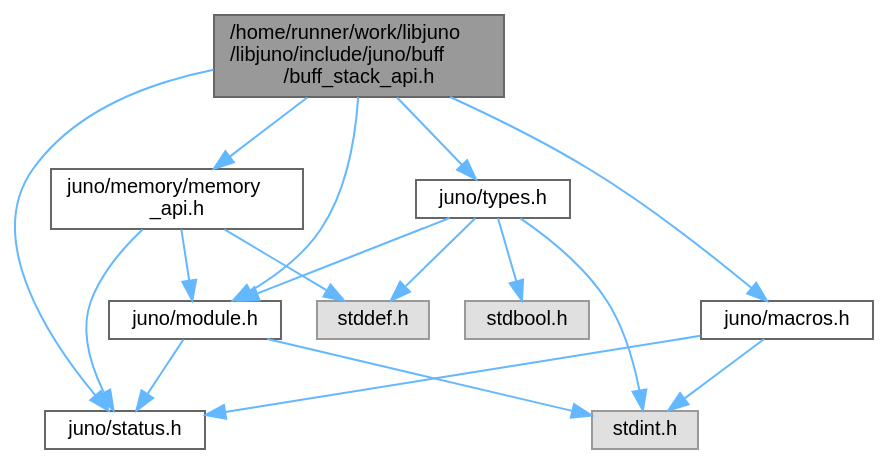
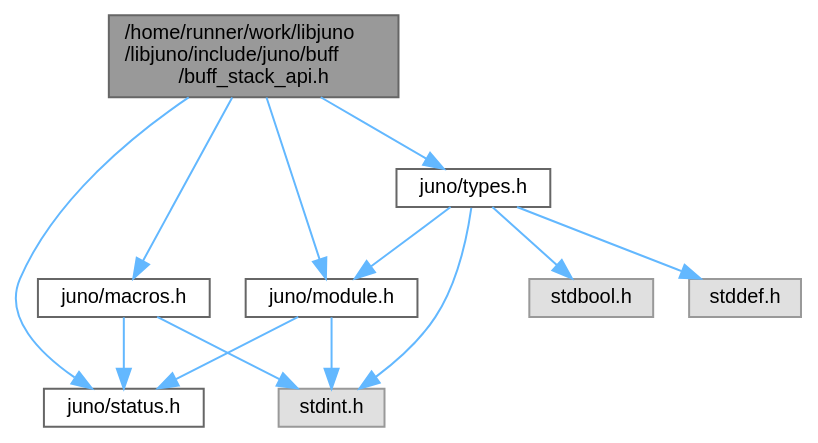
Before and after one commit to robinonsay/libjuno: the diagram in buff__stack__api_8h__incl.dot, drawn with Graphviz. The commit also changed 110 other files, not shown here.

```diff
--- a/buff__stack__api_8h__incl.dot
+++ b/buff__stack__api_8h__incl.dot
@@ -1,32 +1,27 @@
 digraph "/home/runner/work/libjuno/libjuno/include/juno/buff/buff_stack_api.h"
 {
  // LATEX_PDF_SIZE
   bgcolor="transparent";
   edge [fontname=Helvetica,fontsize=10,labelfontname=Helvetica,labelfontsize=10];
   node [fontname=Helvetica,fontsize=10,shape=box,height=0.2,width=0.4];
   Node1 [id="Node000001",label="/home/runner/work/libjuno\l/libjuno/include/juno/buff\l/buff_stack_api.h",height=0.2,width=0.4,color="gray40", fillcolor="grey60", style="filled", fontcolor="black",tooltip=" "];
   Node1 -> Node2 [id="edge1_Node000001_Node000002",color="steelblue1",style="solid",tooltip=" "];
   Node2 [id="Node000002",label="juno/macros.h",height=0.2,width=0.4,color="grey40", fillcolor="white", style="filled",URL="$macros_8h.html",tooltip=" "];
   Node2 -> Node3 [id="edge2_Node000002_Node000003",color="steelblue1",style="solid",tooltip=" "];
   Node3 [id="Node000003",label="juno/status.h",height=0.2,width=0.4,color="grey40", fillcolor="white", style="filled",URL="$status_8h.html",tooltip=" "];
   Node2 -> Node4 [id="edge3_Node000002_Node000004",color="steelblue1",style="solid",tooltip=" "];
   Node4 [id="Node000004",label="stdint.h",height=0.2,width=0.4,color="grey60", fillcolor="#E0E0E0", style="filled",tooltip=" "];
-  Node1 -> Node5 [id="edge4_Node000001_Node000005",color="steelblue1",style="solid",tooltip=" "];
-  Node5 [id="Node000005",label="juno/memory/memory\l_api.h",height=0.2,width=0.4,color="grey40", fillcolor="white", style="filled",URL="$memory__api_8h.html",tooltip=" "];
-  Node5 -> Node3 [id="edge5_Node000005_Node000003",color="steelblue1",style="solid",tooltip=" "];
-  Node5 -> Node6 [id="edge6_Node000005_Node000006",color="steelblue1",style="solid",tooltip=" "];
-  Node6 [id="Node000006",label="juno/module.h",height=0.2,width=0.4,color="grey40", fillcolor="white", style="filled",URL="$module_8h.html",tooltip=" "];
-  Node6 -> Node3 [id="edge7_Node000006_Node000003",color="steelblue1",style="solid",tooltip=" "];
-  Node6 -> Node4 [id="edge8_Node000006_Node000004",color="steelblue1",style="solid",tooltip=" "];
-  Node5 -> Node7 [id="edge9_Node000005_Node000007",color="steelblue1",style="solid",tooltip=" "];
-  Node7 [id="Node000007",label="stddef.h",height=0.2,width=0.4,color="grey60", fillcolor="#E0E0E0", style="filled",tooltip=" "];
-  Node1 -> Node3 [id="edge10_Node000001_Node000003",color="steelblue1",style="solid",tooltip=" "];
-  Node1 -> Node6 [id="edge11_Node000001_Node000006",color="steelblue1",style="solid",tooltip=" "];
-  Node1 -> Node8 [id="edge12_Node000001_Node000008",color="steelblue1",style="solid",tooltip=" "];
-  Node8 [id="Node000008",label="juno/types.h",height=0.2,width=0.4,color="grey40", fillcolor="white", style="filled",URL="$types_8h.html",tooltip=" "];
-  Node8 -> Node6 [id="edge13_Node000008_Node000006",color="steelblue1",style="solid",tooltip=" "];
-  Node8 -> Node9 [id="edge14_Node000008_Node000009",color="steelblue1",style="solid",tooltip=" "];
-  Node9 [id="Node000009",label="stdbool.h",height=0.2,width=0.4,color="grey60", fillcolor="#E0E0E0", style="filled",tooltip=" "];
-  Node8 -> Node7 [id="edge15_Node000008_Node000007",color="steelblue1",style="solid",tooltip=" "];
-  Node8 -> Node4 [id="edge16_Node000008_Node000004",color="steelblue1",style="solid",tooltip=" "];
+  Node1 -> Node3 [id="edge4_Node000001_Node000003",color="steelblue1",style="solid",tooltip=" "];
+  Node1 -> Node5 [id="edge5_Node000001_Node000005",color="steelblue1",style="solid",tooltip=" "];
+  Node5 [id="Node000005",label="juno/module.h",height=0.2,width=0.4,color="grey40", fillcolor="white", style="filled",URL="$module_8h.html",tooltip=" "];
+  Node5 -> Node3 [id="edge6_Node000005_Node000003",color="steelblue1",style="solid",tooltip=" "];
+  Node5 -> Node4 [id="edge7_Node000005_Node000004",color="steelblue1",style="solid",tooltip=" "];
+  Node1 -> Node6 [id="edge8_Node000001_Node000006",color="steelblue1",style="solid",tooltip=" "];
+  Node6 [id="Node000006",label="juno/types.h",height=0.2,width=0.4,color="grey40", fillcolor="white", style="filled",URL="$types_8h.html",tooltip=" "];
+  Node6 -> Node5 [id="edge9_Node000006_Node000005",color="steelblue1",style="solid",tooltip=" "];
+  Node6 -> Node7 [id="edge10_Node000006_Node000007",color="steelblue1",style="solid",tooltip=" "];
+  Node7 [id="Node000007",label="stdbool.h",height=0.2,width=0.4,color="grey60", fillcolor="#E0E0E0", style="filled",tooltip=" "];
+  Node6 -> Node8 [id="edge11_Node000006_Node000008",color="steelblue1",style="solid",tooltip=" "];
+  Node8 [id="Node000008",label="stddef.h",height=0.2,width=0.4,color="grey60", fillcolor="#E0E0E0", style="filled",tooltip=" "];
+  Node6 -> Node4 [id="edge12_Node000006_Node000004",color="steelblue1",style="solid",tooltip=" "];
 }
```
